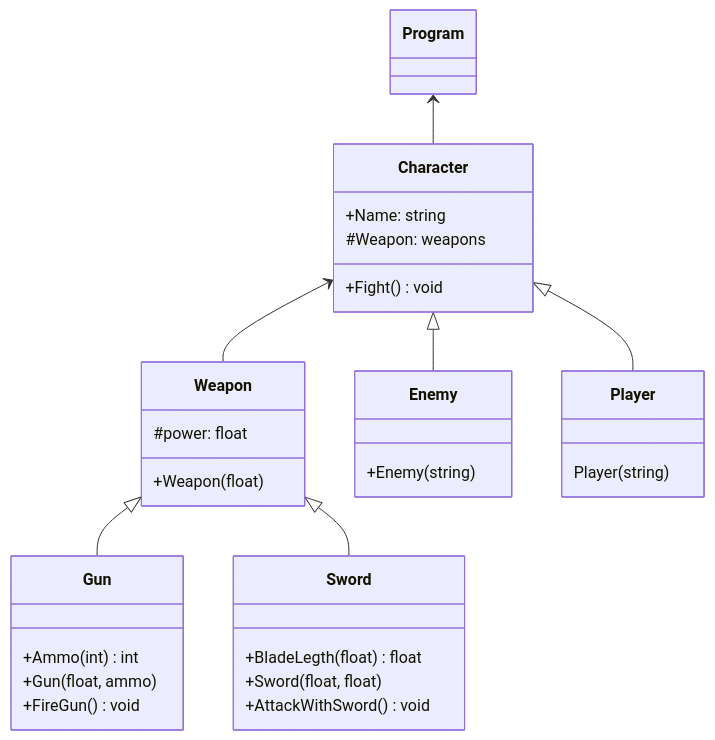
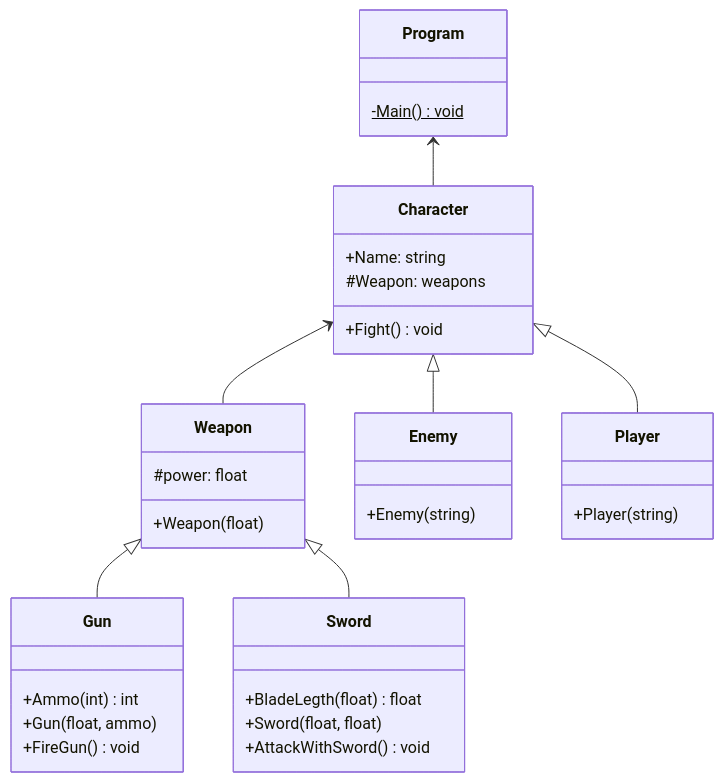
One commit to FabioRibeiro404/LP1Semana07 changed the diagram in README.md. Above: the diagram before and after it, drawn with Mermaid.

Commit message:
Add Program class

````diff
--- a/README.md
+++ b/README.md
@@ -2,45 +2,45 @@
 ```mermaid
 
 classDiagram
 
 Program <-- Character
 Character <-- Weapon
 
 Character <|-- Enemy
 Character <|-- Player
 
 Weapon <|-- Gun
 Weapon <|-- Sword
 
 class Program{
-      
+      -Main()$ void
 }
 
 class Character{
       +Name: string
       #Weapon: weapons
       +Fight() void
 }
 class Weapon{
       #power: float
       +Weapon(float)
 }
 class Gun{
       +Ammo(int) int
       +Gun(float, ammo)
       +FireGun() void
 }
 class Sword{
       +BladeLegth(float) float
       +Sword(float, float)
       +AttackWithSword() void
 }
 class Enemy{
       +Enemy(string)
 }
 class Player{
-      Player(string)
+      +Player(string)
 }
 
 
 ```
````
